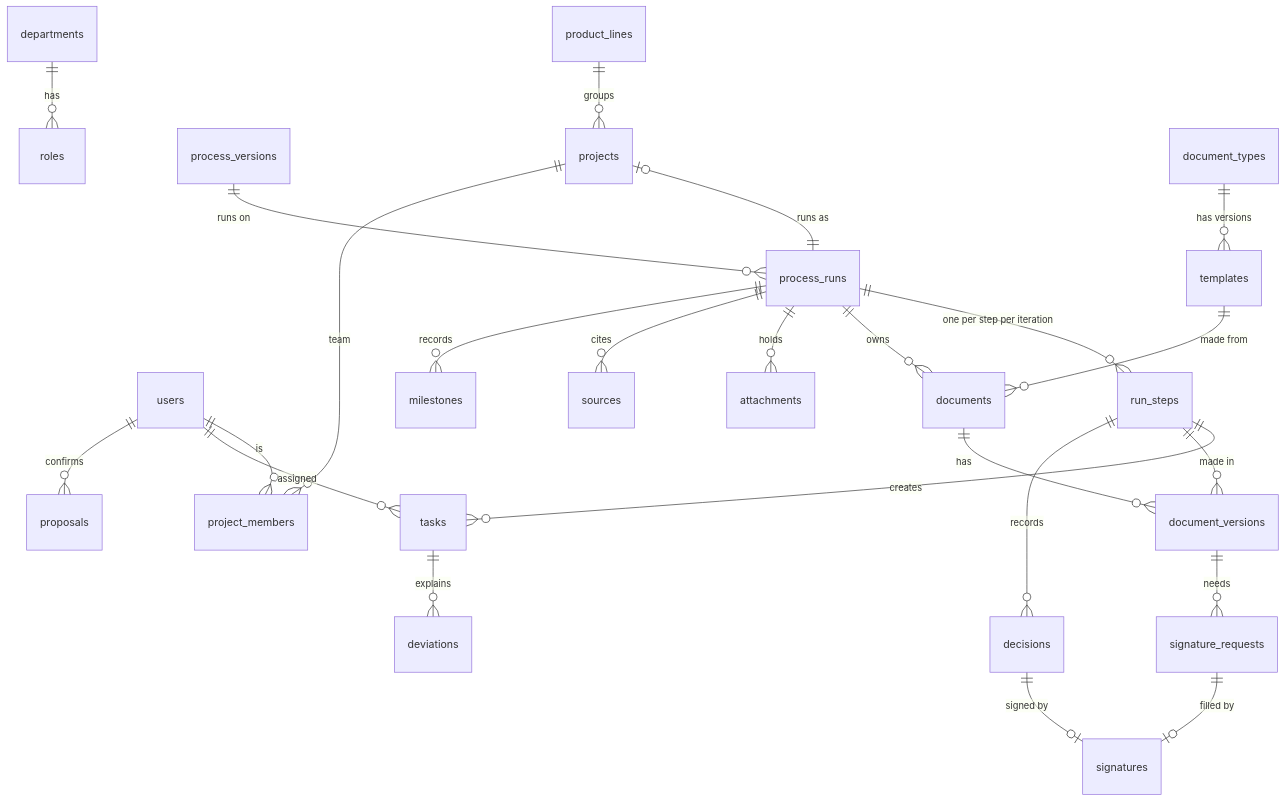
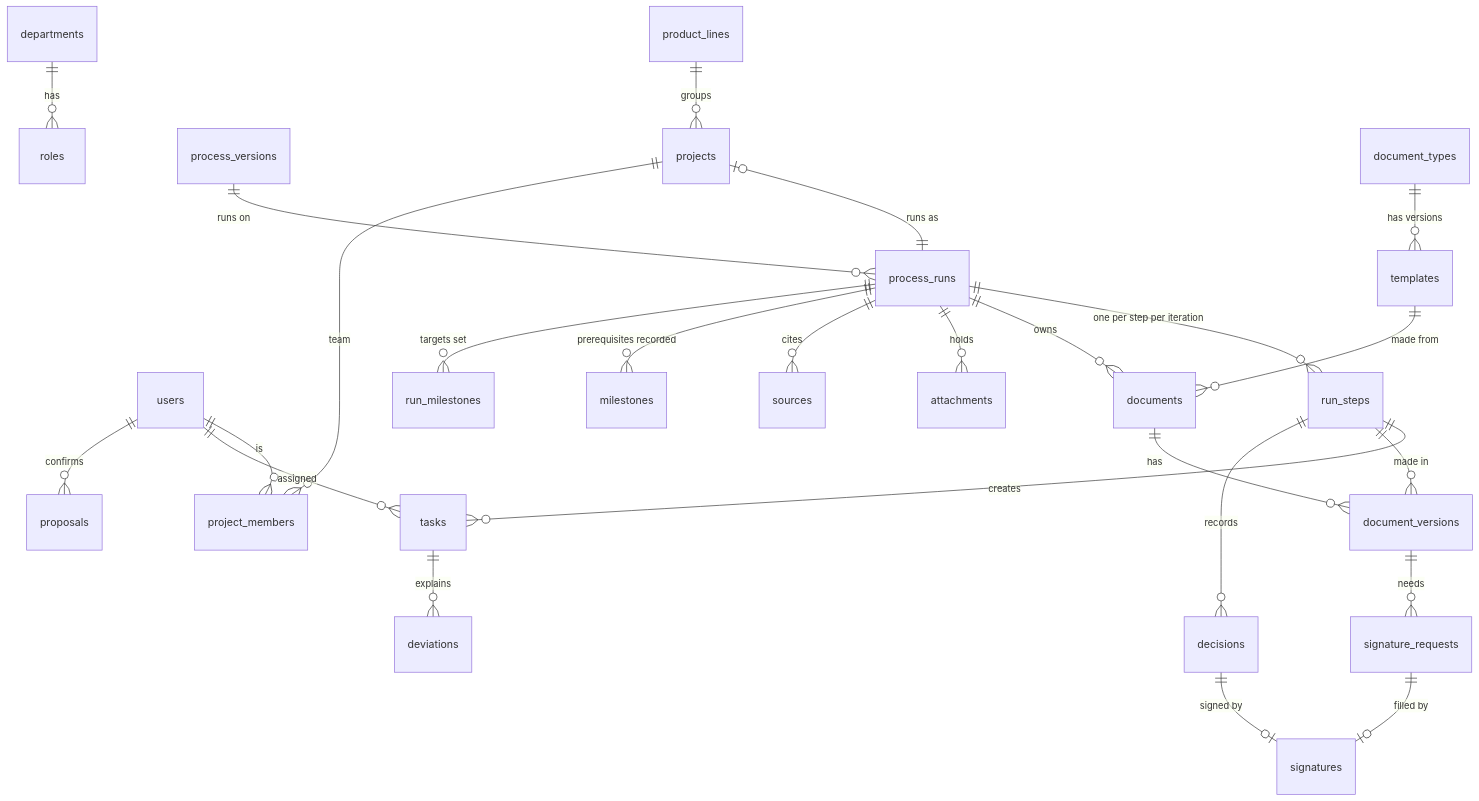
The diagram in docs/data-model.md (sharath101/coal), drawn with Mermaid before and after one commit. The commit also changed other lines of this file and 61 other files, not shown here.

First line of the commit message:
Give each project its own milestones, and call the route's recorded facts prerequisites

````diff
--- a/docs/data-model.md
+++ b/docs/data-model.md
@@ -29,26 +29,27 @@
 ```mermaid
 erDiagram
   departments ||--o{ roles : has
   process_versions ||--o{ process_runs : "runs on"
   projects |o--|| process_runs : "runs as"
   product_lines ||--o{ projects : groups
   projects ||--o{ project_members : team
   users ||--o{ project_members : is
   process_runs ||--o{ run_steps : "one per step per iteration"
   run_steps ||--o{ tasks : creates
   users ||--o{ tasks : "assigned"
   process_runs ||--o{ documents : owns
   document_types ||--o{ templates : "has versions"
   templates ||--o{ documents : "made from"
   documents ||--o{ document_versions : has
   run_steps ||--o{ document_versions : "made in"
   document_versions ||--o{ signature_requests : needs
   signature_requests ||--o| signatures : "filled by"
   decisions ||--o| signatures : "signed by"
   process_runs ||--o{ attachments : holds
   process_runs ||--o{ sources : cites
   run_steps ||--o{ decisions : records
-  process_runs ||--o{ milestones : records
+  process_runs ||--o{ milestones : "prerequisites recorded"
+  process_runs ||--o{ run_milestones : "targets set"
   tasks ||--o{ deviations : explains
   users ||--o{ proposals : "confirms"
 ```
````
